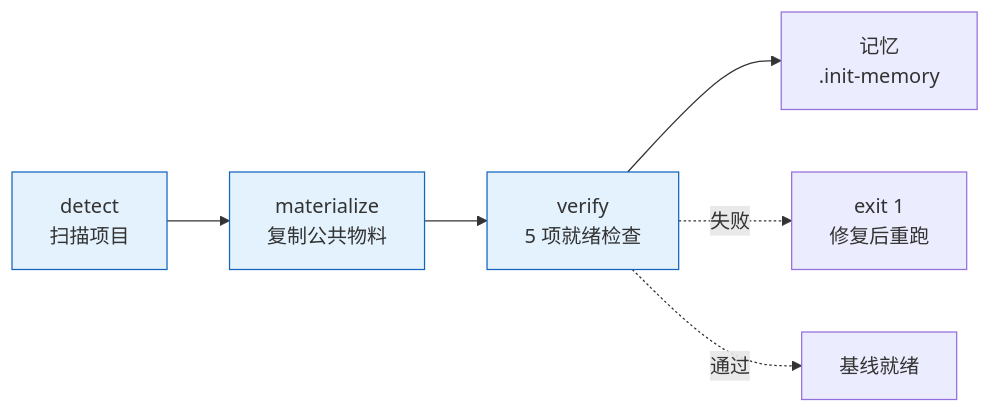
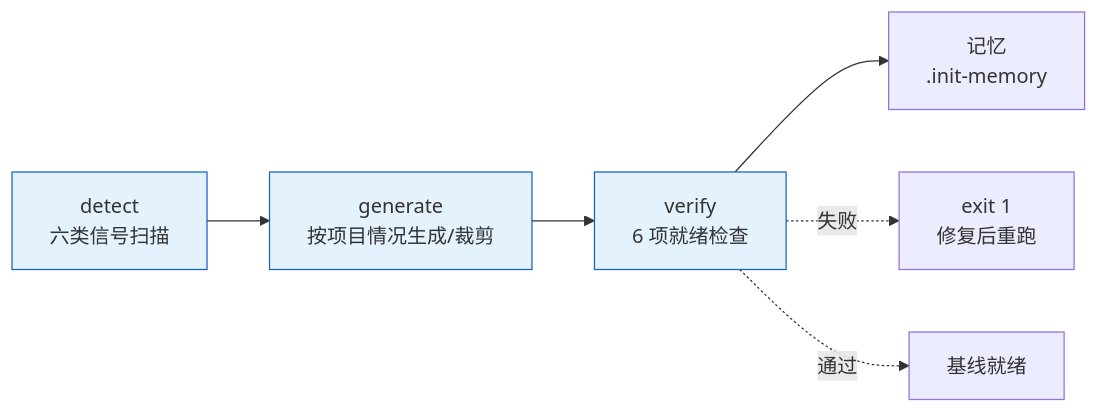
Before and after one commit to effiy/YrY: the second of 2 diagrams in skills/rui/SKILL.md, drawn with Mermaid. The commit also changed other lines of this file and 23 other files, not shown here.

````diff
--- a/skills/rui/SKILL.md
+++ b/skills/rui/SKILL.md
@@ -88,7 +90,7 @@
 ```mermaid
 flowchart LR
-    P1[detect<br/>扫描项目]:::s --> P2[materialize<br/>复制公共物料]:::s --> P3[verify<br/>5 项就绪检查]:::s --> P4[记忆<br/>.init-memory]
+    P1[detect<br/>六类信号扫描]:::s --> P2[generate<br/>按项目情况生成/裁剪]:::s --> P3[verify<br/>6 项就绪检查]:::s --> P4[记忆<br/>.init-memory]
     P3 -.失败.-> Fix[exit 1<br/>修复后重跑]
     P3 -.通过.-> Ready[基线就绪]
     classDef s fill:#e3f2fd,stroke:#1565c0;
 ```
````
